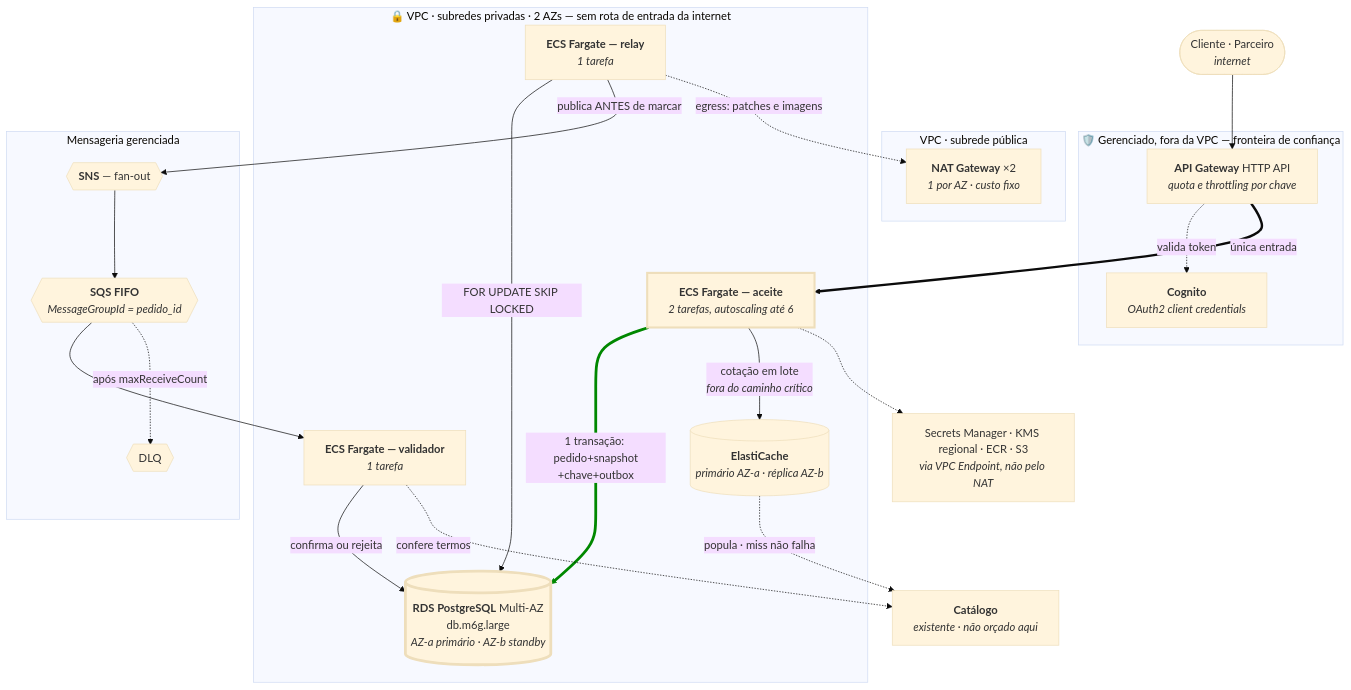
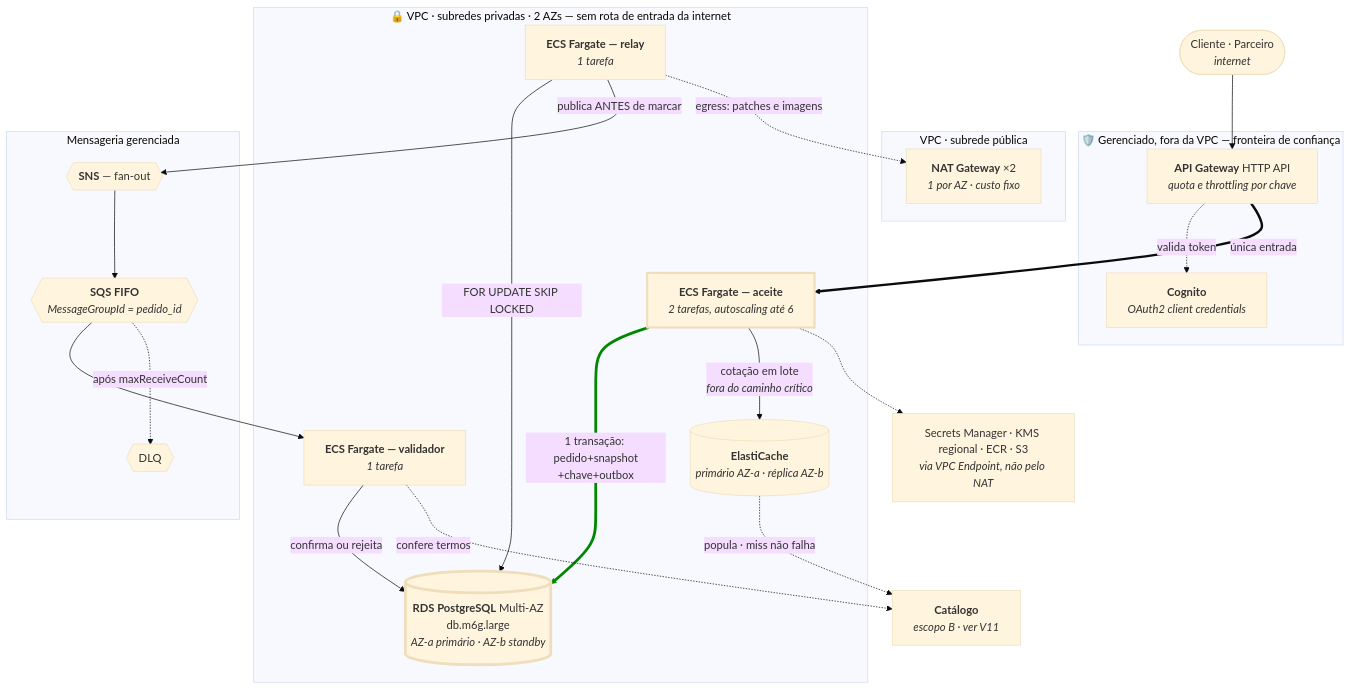
One commit to fmoreira1990/solution_architect changed the diagram in docs/technical-context/servicos-aws.md. Above: the diagram before and after it, drawn with Mermaid (base theme). The commit also changed other lines of this file and 7 other files, not shown here.

First line of the commit message:
Orça o Catálogo e retira a premissa que o havia apagado do escopo

````diff
--- a/docs/technical-context/servicos-aws.md
+++ b/docs/technical-context/servicos-aws.md
@@ -41,53 +41,53 @@
 ```mermaid
 flowchart TB
     ext(["Cliente · Parceiro<br/><i>internet</i>"])
 
     subgraph borda["🛡️ Gerenciado, fora da VPC — fronteira de confiança"]
         apigw["<b>API Gateway</b> HTTP API<br/><i>quota e throttling por chave</i>"]
         cognito["<b>Cognito</b><br/><i>OAuth2 client credentials</i>"]
     end
 
     subgraph pubnet["VPC · subrede pública"]
         nat["<b>NAT Gateway</b> ×2<br/><i>1 por AZ · custo fixo</i>"]
     end
 
     subgraph privnet["🔒 VPC · subredes privadas · 2 AZs — sem rota de entrada da internet"]
         aceite["<b>ECS Fargate — aceite</b><br/><i>2 tarefas, autoscaling até 6</i>"]
         relay["<b>ECS Fargate — relay</b><br/><i>1 tarefa</i>"]
         valid["<b>ECS Fargate — validador</b><br/><i>1 tarefa</i>"]
         rds[("<b>RDS PostgreSQL</b> Multi-AZ<br/>db.m6g.large<br/><i>AZ-a primário · AZ-b standby</i>")]
         cache[("<b>ElastiCache</b><br/><i>primário AZ-a · réplica AZ-b</i>")]
     end
 
     subgraph msg["Mensageria gerenciada"]
         sns{{"<b>SNS</b> — fan-out"}}
         sqs{{"<b>SQS FIFO</b><br/><i>MessageGroupId = pedido_id</i>"}}
         dlq{{"DLQ"}}
     end
 
     apoio["Secrets Manager · KMS regional · ECR · S3<br/><i>via VPC Endpoint, não pelo NAT</i>"]
-    cat["<b>Catálogo</b><br/><i>existente · não orçado aqui</i>"]
+    cat["<b>Catálogo</b><br/><i>escopo B · ver V11</i>"]
 
     ext --> apigw
     apigw -.->|"valida token"| cognito
     apigw ==>|"única entrada"| aceite
 
     aceite ===>|"1 transação: pedido+snapshot<br/>+chave+outbox"| rds
     aceite -->|"cotação em lote<br/><i>fora do caminho crítico</i>"| cache
     cache -.->|"popula · miss não falha"| cat
 
     relay -->|"FOR UPDATE SKIP LOCKED"| rds
     relay -->|"publica ANTES de marcar"| sns
     sns --> sqs
     sqs --> valid
     sqs -.->|"após maxReceiveCount"| dlq
     valid -->|"confirma ou rejeita"| rds
     valid -.->|"confere termos"| cat
 
     aceite -.-> apoio
     relay -.->|"egress: patches e imagens"| nat
 
     style rds stroke-width:4px
     style aceite stroke-width:3px
     linkStyle 3 stroke:#080,stroke-width:4px
 ```
````
